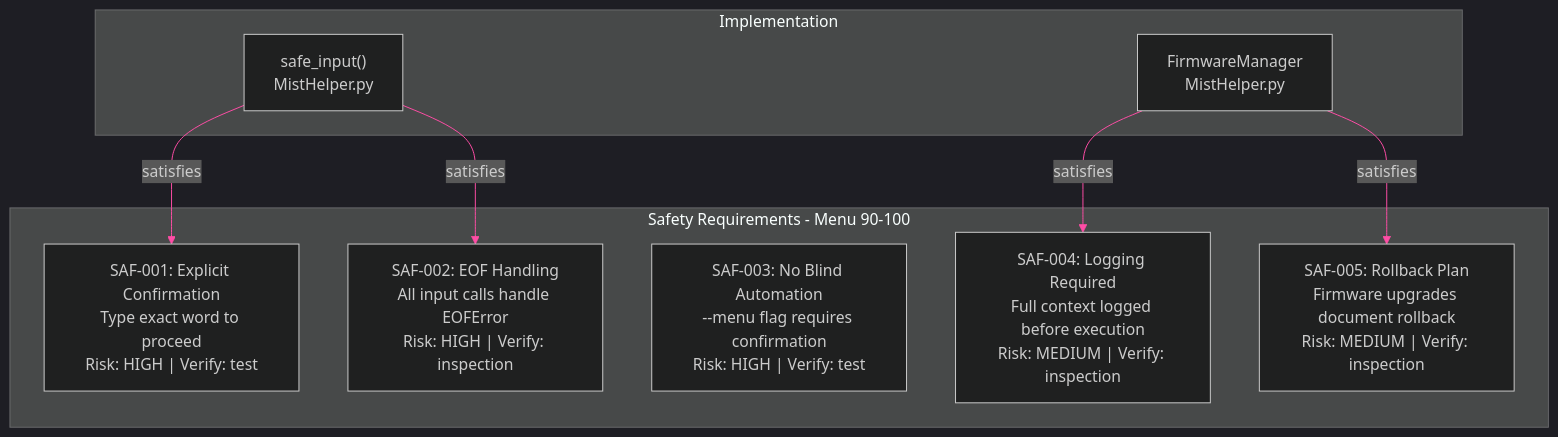
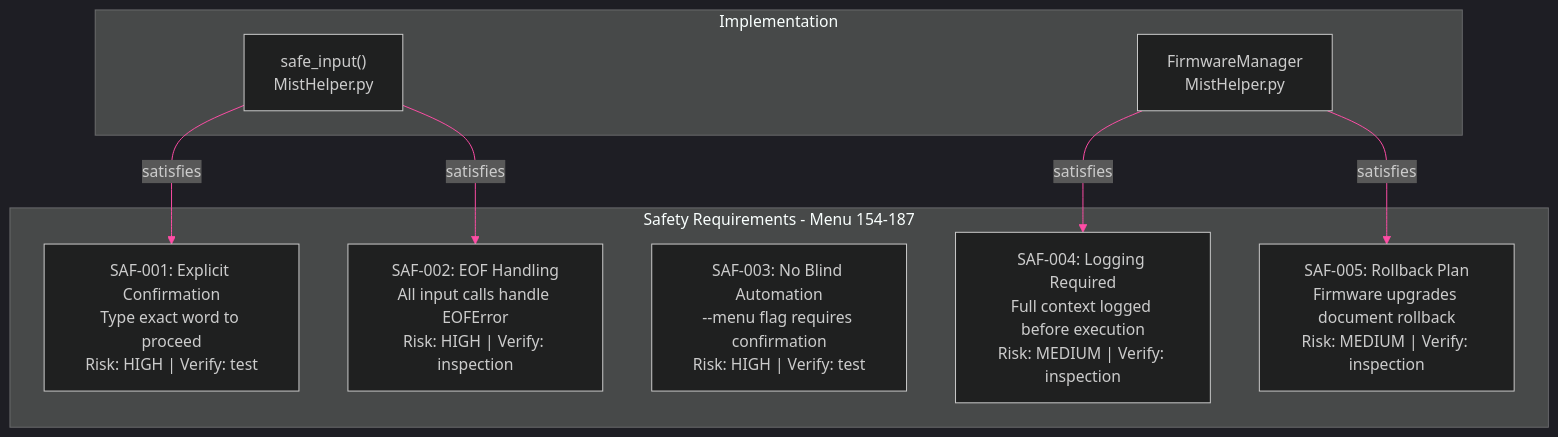
One commit to jmorrison-juniper/MistHelper changed the third of 3 diagrams in documentation/diagrams/operations/operations-reference.md. Above: the diagram before and after it, drawn with Mermaid. The commit also changed other lines of this file and 3 other files, not shown here.

First line of the commit message:
chore(docs): update diagram suite for 187-op count and new destructive range

````diff
--- a/documentation/diagrams/operations/operations-reference.md
+++ b/documentation/diagrams/operations/operations-reference.md
@@ -89,29 +89,29 @@
 ```mermaid
 %%{init: {'theme': 'dark', 'themeVariables': {
   'primaryColor': '#E20074',
   'primaryTextColor': '#E0E0E0',
   'primaryBorderColor': '#99004D',
   'lineColor': '#FF4DA6',
   'secondaryColor': '#16213E',
   'tertiaryColor': '#1A1A2E',
   'fontFamily': 'ui-monospace, monospace'
 }}}%%
 flowchart TB
-    subgraph requirements["Safety Requirements - Menu 90-100"]
+    subgraph requirements["Safety Requirements - Menu 154-187"]
         SAF001["SAF-001: Explicit Confirmation<br/>Type exact word to proceed<br/>Risk: HIGH | Verify: test"]
         SAF002["SAF-002: EOF Handling<br/>All input calls handle EOFError<br/>Risk: HIGH | Verify: inspection"]
         SAF003["SAF-003: No Blind Automation<br/>--menu flag requires confirmation<br/>Risk: HIGH | Verify: test"]
         SAF004["SAF-004: Logging Required<br/>Full context logged before execution<br/>Risk: MEDIUM | Verify: inspection"]
         SAF005["SAF-005: Rollback Plan<br/>Firmware upgrades document rollback<br/>Risk: MEDIUM | Verify: inspection"]
     end
 
     subgraph impl["Implementation"]
         si["safe_input()<br/>MistHelper.py"]
         fm["FirmwareManager<br/>MistHelper.py"]
     end
 
     si -->|satisfies| SAF001
     si -->|satisfies| SAF002
     fm -->|satisfies| SAF004
     fm -->|satisfies| SAF005
 ```
````
